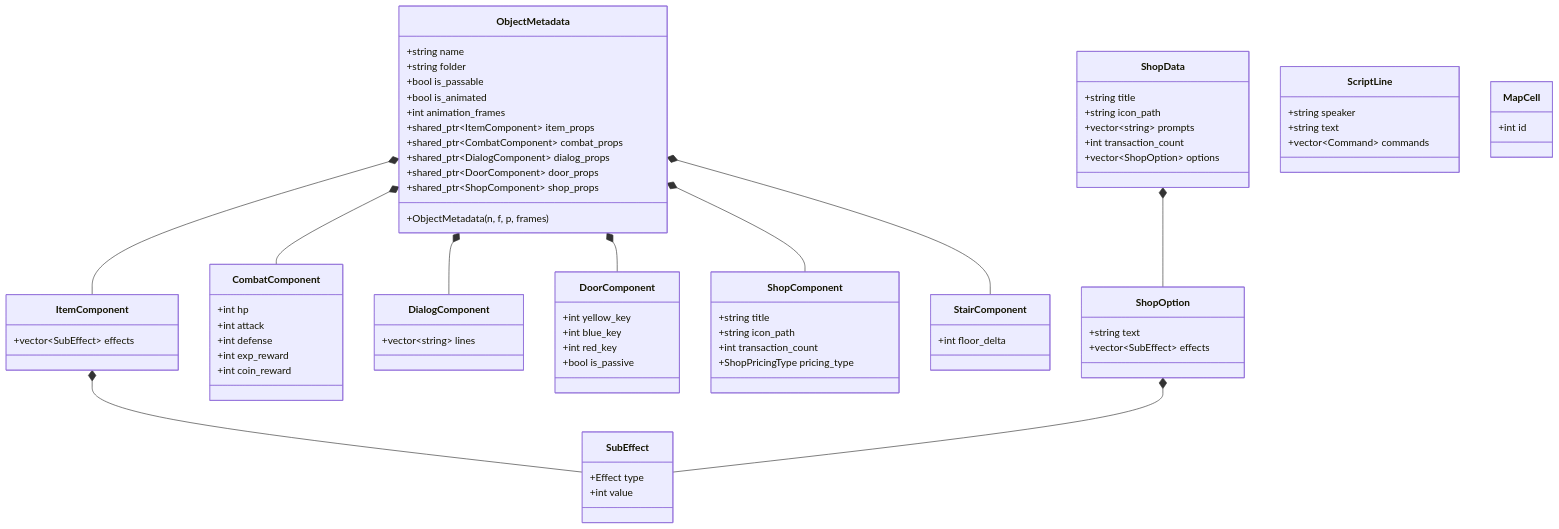
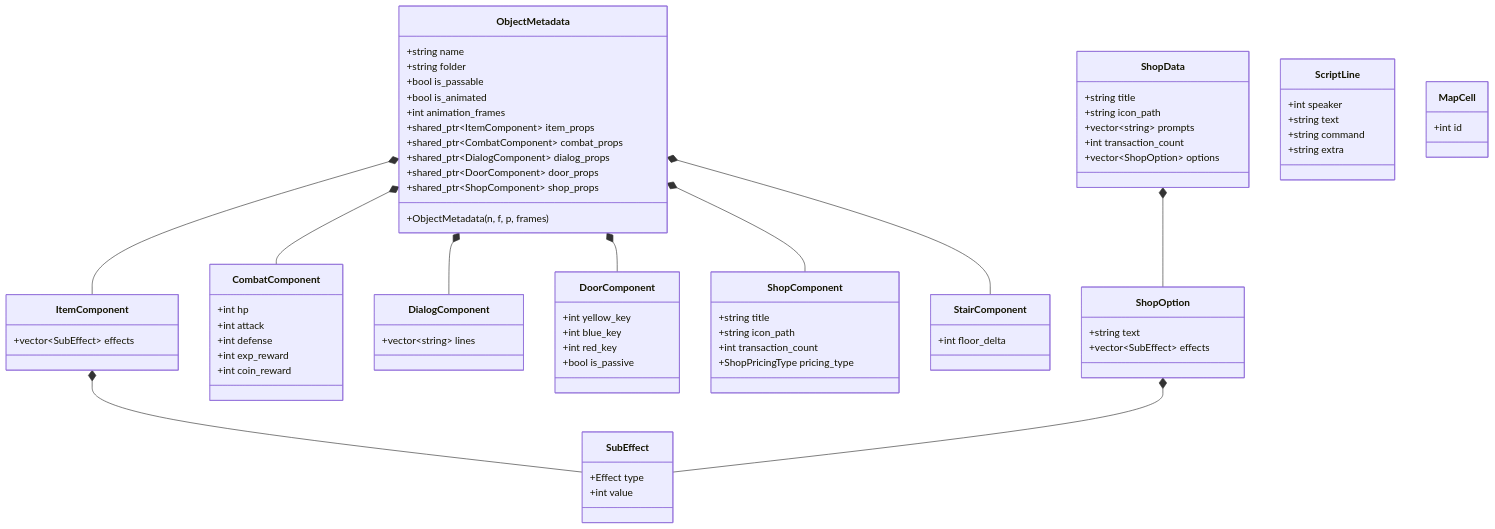
One commit to XWJWPIY/schoolwork_recreate_magic_tower changed the fourth of 4 diagrams in Constructure.md. Above: the diagram before and after it, drawn with Mermaid. The commit also changed other lines of this file and 15 other files, not shown here.

```diff
--- a/Constructure.md
+++ b/Constructure.md
@@ -399,9 +399,10 @@
     }
 
     class ScriptLine {
-        +string speaker
+        +int speaker
         +string text
-        +vector~Command~ commands
+        +string command
+        +string extra
     }
 
     class MapCell {
```
